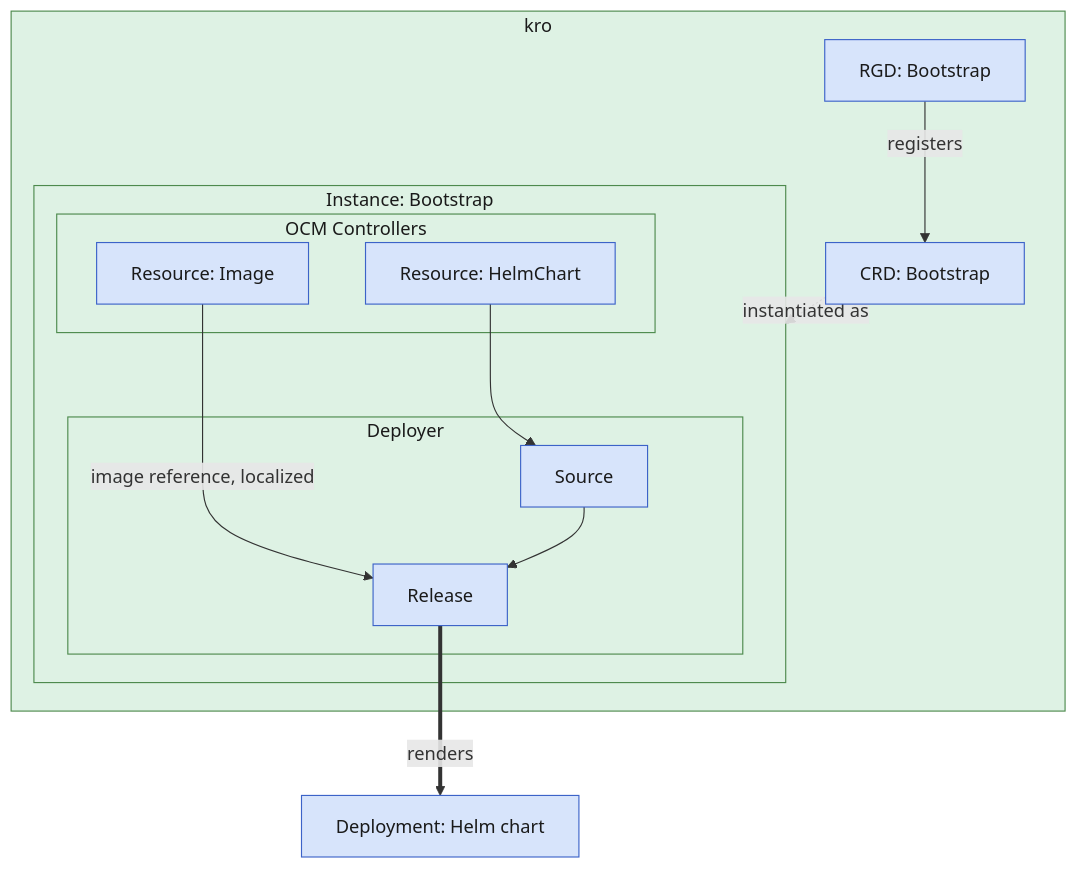
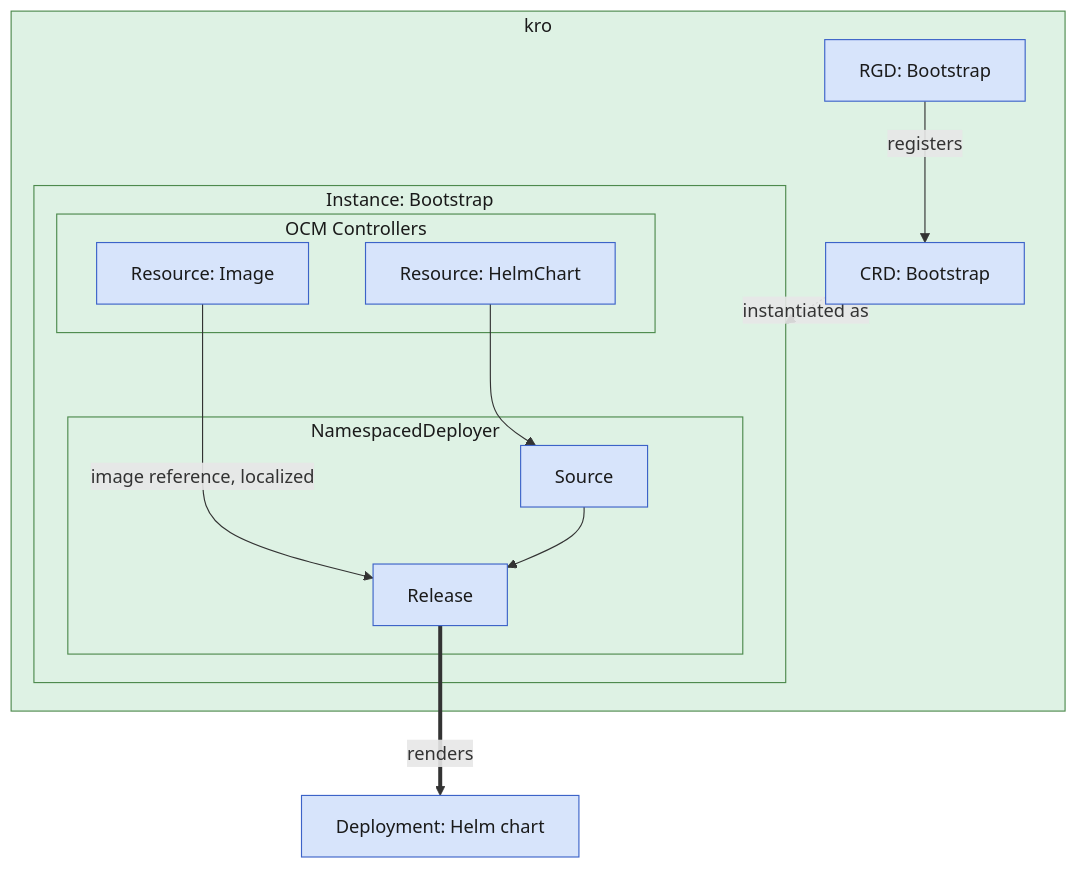
The diagram in website/content/docs/tutorials/deploy-helm-chart-bootstrap.md (sk31337/open-component-model), drawn with Mermaid before and after one commit. The commit also changed other lines of this file and 72 other files, not shown here.

First line of the commit message:
feat: add namespaced deployer (#3779)

````diff
--- a/website/content/docs/tutorials/deploy-helm-chart-bootstrap.md
+++ b/website/content/docs/tutorials/deploy-helm-chart-bootstrap.md
@@ -88,28 +88,28 @@
 ```mermaid
 flowchart TB
     subgraph kro[kro]
         rgdBootstrap[RGD: Bootstrap]
         crdBootstrap[CRD: Bootstrap]
         rgdBootstrap -->|registers| crdBootstrap
         subgraph instanceBootstrap[Instance: Bootstrap]
             subgraph ocmControllers[OCM Controllers]
                 k8sResourceHelm[Resource: HelmChart]
                 k8sResourceImage[Resource: Image]
             end
-            subgraph deployer[Deployer]
+            subgraph deployer[NamespacedDeployer]
                 source[Source]
                 helmRelease[Release]
             end
             k8sResourceImage -->|image reference, localized| helmRelease
             k8sResourceHelm --> source --> helmRelease
         end
     end
     crdBootstrap -.->|instantiated as| instanceBootstrap
     helmRelease ==>|renders| deployment[Deployment: Helm chart]
 
     classDef reconciledBy fill:#def2e4,stroke:#4d8a4d,color:#1a1a1a
     classDef k8sObject fill:#d7e4fb,stroke:#3c63c8,color:#1a1a1a
 
     class kro,ocmControllers,deployer,instanceBootstrap reconciledBy;
     class rgdBootstrap,crdBootstrap,k8sResourceHelm,k8sResourceImage,source,helmRelease,deployment k8sObject;
 ```
````
